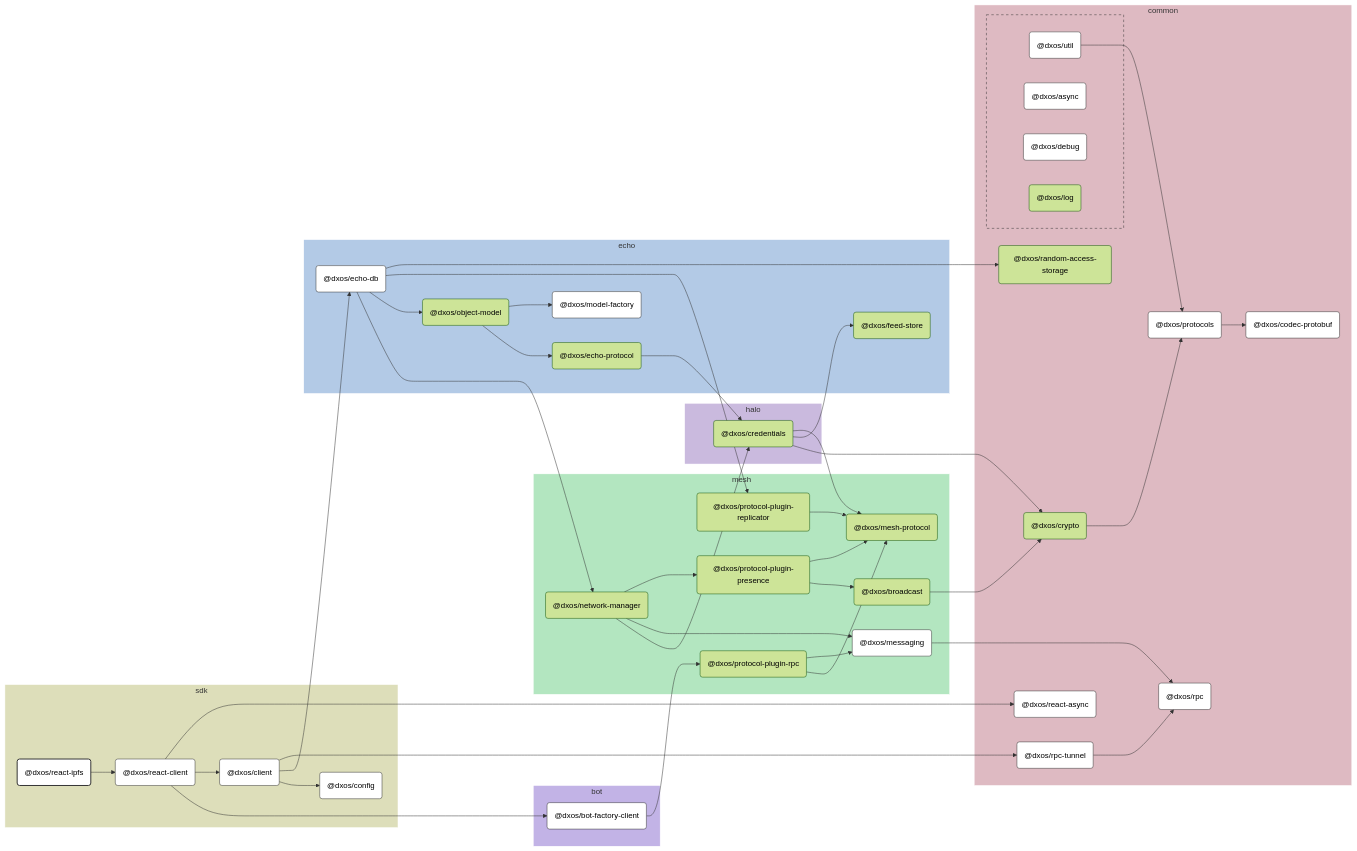
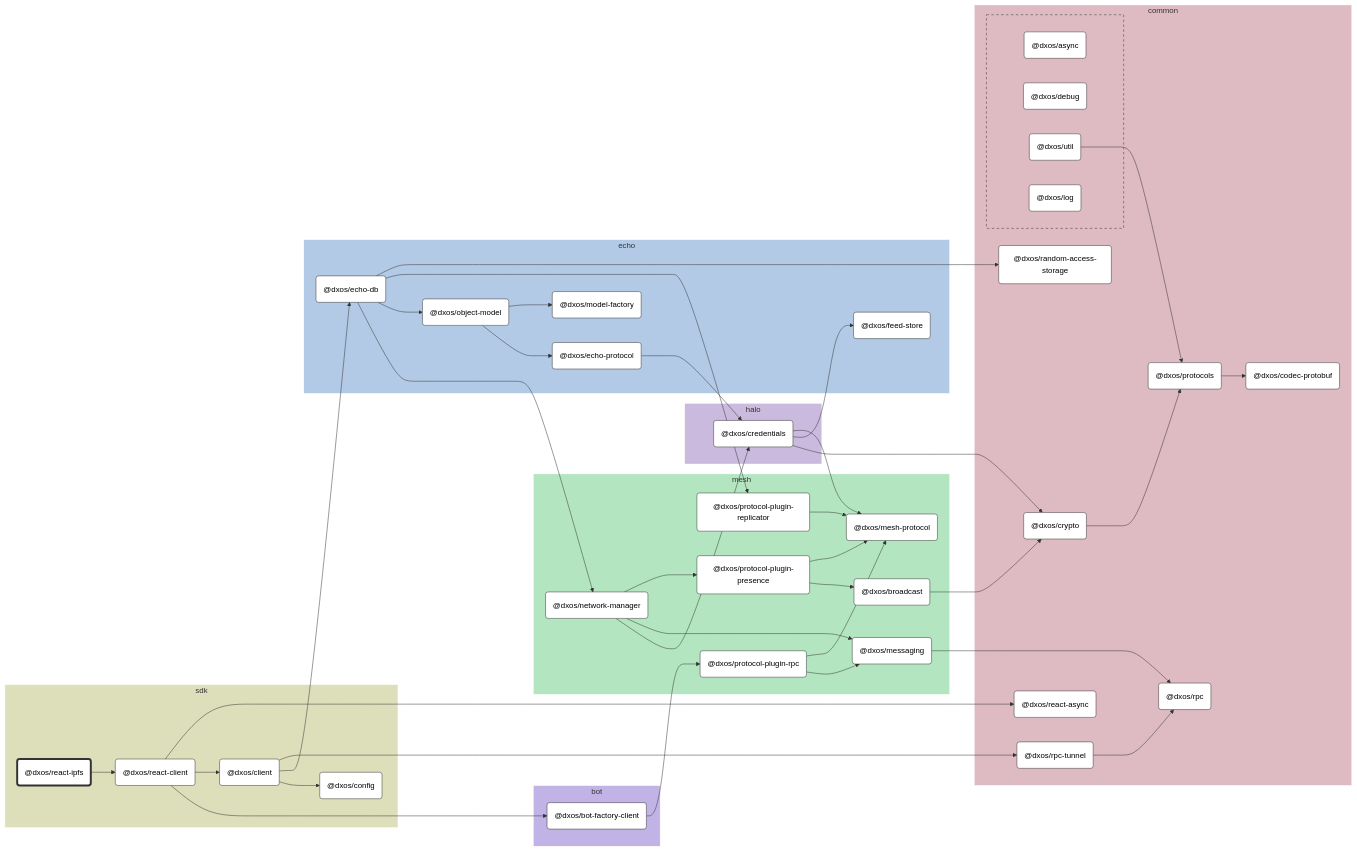
Before and after one commit to dxos/dxos: the diagram in packages/sdk/react-ipfs/docs/README.md, drawn with Mermaid (forest theme). The commit also changed other lines of this file and 104 other files, not shown here.

````diff
--- a/packages/sdk/react-ipfs/docs/README.md
+++ b/packages/sdk/react-ipfs/docs/README.md
@@ -9,143 +9,130 @@
 
 flowchart LR
 
-%% Links
-dxos/bot-factory-client --> dxos/protocol-plugin-rpc;
-dxos/broadcast --> dxos/crypto;
-dxos/client --> dxos/config;
-dxos/client --> dxos/echo-db;
-dxos/client --> dxos/rpc-tunnel;
-dxos/credentials --> dxos/crypto;
-dxos/credentials --> dxos/feed-store;
-dxos/credentials --> dxos/mesh-protocol;
-dxos/crypto --> dxos/protocols;
-dxos/echo-db --> dxos/network-manager;
-dxos/echo-db --> dxos/object-model;
-dxos/echo-db --> dxos/protocol-plugin-replicator;
-dxos/echo-db --> dxos/random-access-storage;
-dxos/echo-protocol --> dxos/credentials;
-dxos/messaging --> dxos/rpc;
-dxos/network-manager --> dxos/credentials;
-dxos/network-manager --> dxos/messaging;
-dxos/network-manager --> dxos/protocol-plugin-presence;
-dxos/object-model --> dxos/echo-protocol;
-dxos/object-model --> dxos/model-factory;
-dxos/protocol-plugin-presence --> dxos/broadcast;
-dxos/protocol-plugin-presence --> dxos/mesh-protocol;
-dxos/protocol-plugin-replicator --> dxos/mesh-protocol;
-dxos/protocol-plugin-rpc --> dxos/mesh-protocol;
-dxos/protocol-plugin-rpc --> dxos/messaging;
-dxos/protocols --> dxos/codec-protobuf;
-dxos/react-client --> dxos/bot-factory-client;
-dxos/react-client --> dxos/client;
-dxos/react-client --> dxos/react-async;
-dxos/react-ipfs --> dxos/react-client;
-dxos/rpc-tunnel --> dxos/rpc;
-dxos/util --> dxos/protocols;
+%% Classes
+classDef def fill:#fff,stroke:#333,stroke-width:1px
+classDef root fill:#fff,stroke:#333,stroke-width:4px
 
-%% Sections
-subgraph sdk
-  style sdk fill:#dddeba,stroke:#fff;
+%% Nodes
 
-  dxos/client("@dxos/client")
-  dxos/config("@dxos/config")
-  dxos/react-client("@dxos/react-client")
-  dxos/react-ipfs("@dxos/react-ipfs")
+subgraph sdk [sdk]
+  style sdk fill:#dddeba,stroke:#fff
+  dxos/react-ipfs("@dxos/react-ipfs"):::root
+  click dxos/react-ipfs "dxos/dxos/tree/main/packages/sdk/react-ipfs/docs"
+  dxos/client("@dxos/client"):::def
+  click dxos/client "dxos/dxos/tree/main/packages/sdk/client/docs"
+  dxos/config("@dxos/config"):::def
+  click dxos/config "dxos/dxos/tree/main/packages/sdk/config/docs"
+  dxos/react-client("@dxos/react-client"):::def
+  click dxos/react-client "dxos/dxos/tree/main/packages/sdk/react-client/docs"
 end
 
-subgraph common
-  style common fill:#debac2,stroke:#fff;
-
-  dxos/codec-protobuf("@dxos/codec-protobuf")
-  dxos/crypto("@dxos/crypto")
-  dxos/protocols("@dxos/protocols")
-  dxos/random-access-storage("@dxos/random-access-storage")
-  dxos/react-async("@dxos/react-async")
-  dxos/rpc("@dxos/rpc")
-  dxos/rpc-tunnel("@dxos/rpc-tunnel")
+subgraph common [common]
+  style common fill:#debac2,stroke:#fff
+  dxos/codec-protobuf("@dxos/codec-protobuf"):::def
+  click dxos/codec-protobuf "dxos/dxos/tree/main/packages/common/codec-protobuf/docs"
+  dxos/protocols("@dxos/protocols"):::def
+  click dxos/protocols "dxos/dxos/tree/main/packages/common/protocols/docs"
+  dxos/crypto("@dxos/crypto"):::def
+  click dxos/crypto "dxos/dxos/tree/main/packages/common/crypto/docs"
+  dxos/rpc("@dxos/rpc"):::def
+  click dxos/rpc "dxos/dxos/tree/main/packages/common/rpc/docs"
+  dxos/random-access-storage("@dxos/random-access-storage"):::def
+  click dxos/random-access-storage "dxos/dxos/tree/main/packages/common/random-access-storage/docs"
+  dxos/rpc-tunnel("@dxos/rpc-tunnel"):::def
+  click dxos/rpc-tunnel "dxos/dxos/tree/main/packages/common/rpc-tunnel/docs"
+  dxos/react-async("@dxos/react-async"):::def
+  click dxos/react-async "dxos/dxos/tree/main/packages/common/react-async/docs"
 
   subgraph common-excluded [ ]
-    style common-excluded fill:#debac2,stroke:#333,stroke-dasharray:5 5;
-
-    dxos/async("@dxos/async")
-    dxos/debug("@dxos/debug")
-    dxos/log("@dxos/log")
-    dxos/util("@dxos/util")
+    style common-excluded fill:#debac2,stroke:#333,stroke-dasharray:5 5
+    dxos/async("@dxos/async"):::def
+    click dxos/async "dxos/dxos/tree/main/packages/common/async/docs"
+    dxos/debug("@dxos/debug"):::def
+    click dxos/debug "dxos/dxos/tree/main/packages/common/debug/docs"
+    dxos/util("@dxos/util"):::def
+    click dxos/util "dxos/dxos/tree/main/packages/common/util/docs"
+    dxos/log("@dxos/log"):::def
+    click dxos/log "dxos/dxos/tree/main/packages/common/log/docs"
   end
 end
 
-subgraph echo
-  style echo fill:#b3cae6,stroke:#fff;
-
-  dxos/echo-db("@dxos/echo-db")
-  dxos/echo-protocol("@dxos/echo-protocol")
-  dxos/feed-store("@dxos/feed-store")
-  dxos/model-factory("@dxos/model-factory")
-  dxos/object-model("@dxos/object-model")
+subgraph echo [echo]
+  style echo fill:#b3cae6,stroke:#fff
+  dxos/echo-db("@dxos/echo-db"):::def
+  click dxos/echo-db "dxos/dxos/tree/main/packages/echo/echo-db/docs"
+  dxos/feed-store("@dxos/feed-store"):::def
+  click dxos/feed-store "dxos/dxos/tree/main/packages/echo/feed-store/docs"
+  dxos/echo-protocol("@dxos/echo-protocol"):::def
+  click dxos/echo-protocol "dxos/dxos/tree/main/packages/echo/echo-protocol/docs"
+  dxos/model-factory("@dxos/model-factory"):::def
+  click dxos/model-factory "dxos/dxos/tree/main/packages/echo/model-factory/docs"
+  dxos/object-model("@dxos/object-model"):::def
+  click dxos/object-model "dxos/dxos/tree/main/packages/echo/object-model/docs"
 end
 
-subgraph halo
-  style halo fill:#cabade,stroke:#fff;
-
-  dxos/credentials("@dxos/credentials")
+subgraph halo [halo]
+  style halo fill:#cabade,stroke:#fff
+  dxos/credentials("@dxos/credentials"):::def
+  click dxos/credentials "dxos/dxos/tree/main/packages/halo/credentials/docs"
 end
 
-subgraph mesh
-  style mesh fill:#b3e6c0,stroke:#fff;
-
-  dxos/broadcast("@dxos/broadcast")
-  dxos/mesh-protocol("@dxos/mesh-protocol")
-  dxos/messaging("@dxos/messaging")
-  dxos/network-manager("@dxos/network-manager")
-  dxos/protocol-plugin-presence("@dxos/protocol-plugin-presence")
-  dxos/protocol-plugin-replicator("@dxos/protocol-plugin-replicator")
-  dxos/protocol-plugin-rpc("@dxos/protocol-plugin-rpc")
+subgraph mesh [mesh]
+  style mesh fill:#b3e6c0,stroke:#fff
+  dxos/mesh-protocol("@dxos/mesh-protocol"):::def
+  click dxos/mesh-protocol "dxos/dxos/tree/main/packages/mesh/mesh-protocol/docs"
+  dxos/messaging("@dxos/messaging"):::def
+  click dxos/messaging "dxos/dxos/tree/main/packages/mesh/messaging/docs"
+  dxos/network-manager("@dxos/network-manager"):::def
+  click dxos/network-manager "dxos/dxos/tree/main/packages/mesh/network-manager/docs"
+  dxos/protocol-plugin-presence("@dxos/protocol-plugin-presence"):::def
+  click dxos/protocol-plugin-presence "dxos/dxos/tree/main/packages/mesh/protocol-plugin-presence/docs"
+  dxos/broadcast("@dxos/broadcast"):::def
+  click dxos/broadcast "dxos/dxos/tree/main/packages/mesh/broadcast/docs"
+  dxos/protocol-plugin-replicator("@dxos/protocol-plugin-replicator"):::def
+  click dxos/protocol-plugin-replicator "dxos/dxos/tree/main/packages/mesh/protocol-plugin-replicator/docs"
+  dxos/protocol-plugin-rpc("@dxos/protocol-plugin-rpc"):::def
+  click dxos/protocol-plugin-rpc "dxos/dxos/tree/main/packages/mesh/protocol-plugin-rpc/docs"
 end
 
-subgraph bot
-  style bot fill:#c2b3e6,stroke:#fff;
-
-  dxos/bot-factory-client("@dxos/bot-factory-client")
+subgraph bot [bot]
+  style bot fill:#c2b3e6,stroke:#fff
+  dxos/bot-factory-client("@dxos/bot-factory-client"):::def
+  click dxos/bot-factory-client "dxos/dxos/tree/main/packages/bot/bot-factory-client/docs"
 end
 
-
-%% Hyperlinks
-click dxos/async "dxos/dxos/tree/main/packages/common/async/docs";
-click dxos/bot-factory-client "dxos/dxos/tree/main/packages/bot/bot-factory-client/docs";
-click dxos/client "dxos/dxos/tree/main/packages/sdk/client/docs";
-click dxos/codec-protobuf "dxos/dxos/tree/main/packages/common/codec-protobuf/docs";
-click dxos/config "dxos/dxos/tree/main/packages/sdk/config/docs";
-click dxos/debug "dxos/dxos/tree/main/packages/common/debug/docs";
-click dxos/echo-db "dxos/dxos/tree/main/packages/echo/echo-db/docs";
-click dxos/messaging "dxos/dxos/tree/main/packages/mesh/messaging/docs";
-click dxos/model-factory "dxos/dxos/tree/main/packages/echo/model-factory/docs";
-click dxos/protocols "dxos/dxos/tree/main/packages/common/protocols/docs";
-click dxos/react-async "dxos/dxos/tree/main/packages/common/react-async/docs";
-click dxos/react-client "dxos/dxos/tree/main/packages/sdk/react-client/docs";
-click dxos/rpc "dxos/dxos/tree/main/packages/common/rpc/docs";
-click dxos/rpc-tunnel "dxos/dxos/tree/main/packages/common/rpc-tunnel/docs";
-click dxos/util "dxos/dxos/tree/main/packages/common/util/docs";
-
-%% Styles
-classDef rootNode fill:#fff,stroke:#333,stroke-width:2px
-classDef defaultNode fill:#fff,stroke:#333,stroke-width:1px
+%% Links
 linkStyle default stroke:#333,stroke-width:1px
-
-dxos/react-ipfs:::rootNode
-
-dxos/async:::defaultNode
-dxos/bot-factory-client:::defaultNode
-dxos/client:::defaultNode
-dxos/codec-protobuf:::defaultNode
-dxos/config:::defaultNode
-dxos/debug:::defaultNode
-dxos/echo-db:::defaultNode
-dxos/messaging:::defaultNode
-dxos/model-factory:::defaultNode
-dxos/protocols:::defaultNode
-dxos/react-async:::defaultNode
-dxos/react-client:::defaultNode
-dxos/rpc:::defaultNode
-dxos/rpc-tunnel:::defaultNode
-dxos/util:::defaultNode
+dxos/client --> dxos/config
+dxos/protocols --> dxos/codec-protobuf
+dxos/util --> dxos/protocols
+dxos/client --> dxos/echo-db
+dxos/credentials --> dxos/crypto
+dxos/crypto --> dxos/protocols
+dxos/credentials --> dxos/feed-store
+dxos/credentials --> dxos/mesh-protocol
+dxos/echo-protocol --> dxos/credentials
+dxos/messaging --> dxos/rpc
+dxos/echo-db --> dxos/network-manager
+dxos/network-manager --> dxos/credentials
+dxos/network-manager --> dxos/messaging
+dxos/network-manager --> dxos/protocol-plugin-presence
+dxos/protocol-plugin-presence --> dxos/broadcast
+dxos/broadcast --> dxos/crypto
+dxos/protocol-plugin-presence --> dxos/mesh-protocol
+dxos/echo-db --> dxos/object-model
+dxos/object-model --> dxos/echo-protocol
+dxos/object-model --> dxos/model-factory
+dxos/echo-db --> dxos/protocol-plugin-replicator
+dxos/protocol-plugin-replicator --> dxos/mesh-protocol
+dxos/echo-db --> dxos/random-access-storage
+dxos/client --> dxos/rpc-tunnel
+dxos/rpc-tunnel --> dxos/rpc
+dxos/react-ipfs --> dxos/react-client
+dxos/react-client --> dxos/bot-factory-client
+dxos/bot-factory-client --> dxos/protocol-plugin-rpc
+dxos/protocol-plugin-rpc --> dxos/messaging
+dxos/protocol-plugin-rpc --> dxos/mesh-protocol
+dxos/react-client --> dxos/client
+dxos/react-client --> dxos/react-async
 ```
````
